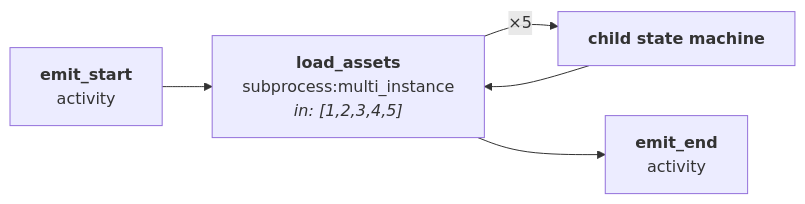
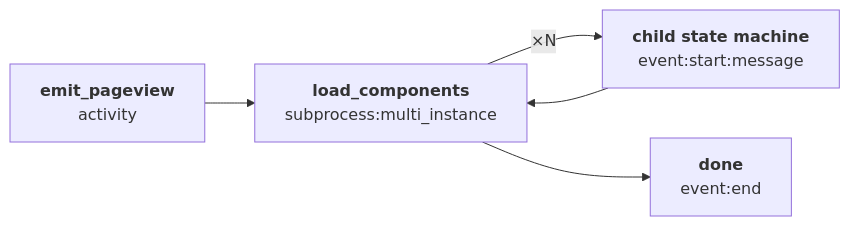
Before and after one commit to implydata/imply-eventgenerator: the third of 4 diagrams in docs/states.md, drawn with Mermaid. The commit also changed other lines of this file and 2 other files, not shown here.

````diff
--- a/docs/states.md
+++ b/docs/states.md
@@ -296,7 +322,7 @@
 ```mermaid
 flowchart LR
-    A["<b>emit_start</b><br/>activity"] --> B
-    B["<b>load_assets</b><br/>subprocess:multi_instance<br/><i>in: [1,2,3,4,5]</i>"] -->|"×5"| C["<b>child state machine</b>"]
+    A["<b>emit_pageview</b><br/>activity"] --> B
+    B["<b>load_components</b><br/>subprocess:multi_instance"] -->|"×N"| C["<b>child state machine</b><br/>event:start:message"]
     C --> B
-    B --> D["<b>emit_end</b><br/>activity"]
+    B --> D["<b>done</b><br/>event:end"]
 ```
````
